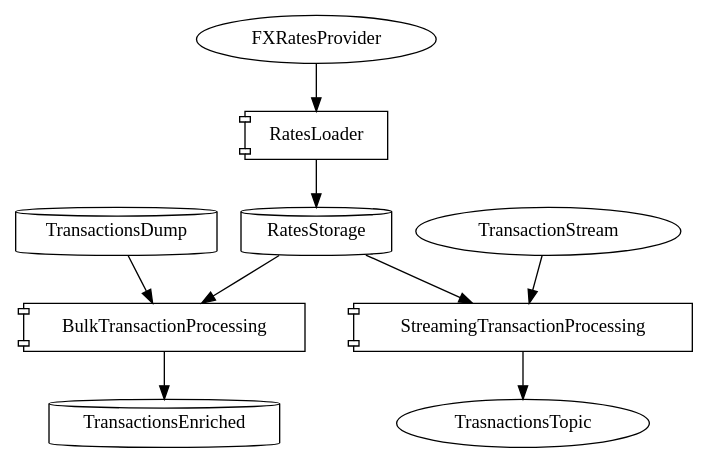
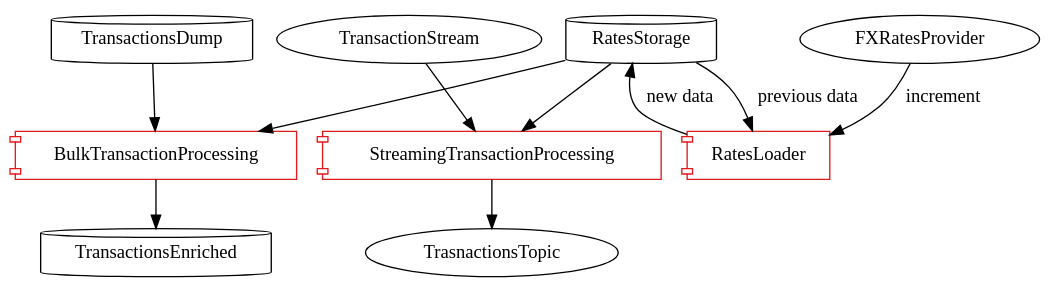
The diagram in README.org (velppa/spark-currency-conversion), drawn with Graphviz before and after one commit. The commit also changed other lines of this file and 8 other files, not shown here.

Commit message:
Add code for loading rates and bulk processing

```diff
--- a/README.org
+++ b/README.org
@@ -26,26 +26,30 @@
 #+begin_src dot :file assets/flow.svg :exports results
 
 digraph CurrencyConversion {
+node[colorscheme=paired8]
+
 {
   RatesStorage [shape=cylinder]
   TransactionsDump [shape=cylinder]
   TransactionsEnriched [shape=cylinder]
 
-  RatesLoader [shape=component]
-  BulkTransactionProcessing [shape=component]
-  StreamingTransactionProcessing [shape=component]
+  RatesLoader [shape=component; color=6]
+  BulkTransactionProcessing [shape=component; color=6]
+  StreamingTransactionProcessing [shape=component; color=6]
 }
 
-FXRatesProvider -> RatesLoader -> RatesStorage
+RatesStorage -> RatesLoader [label="previous data"]
+FXRatesProvider -> RatesLoader [label="increment"]
+RatesLoader -> RatesStorage [label="new data"]
 
 TransactionsDump -> BulkTransactionProcessing
 RatesStorage -> BulkTransactionProcessing
 BulkTransactionProcessing -> TransactionsEnriched
 
 TransactionStream -> StreamingTransactionProcessing
 RatesStorage -> StreamingTransactionProcessing
 
 StreamingTransactionProcessing -> TrasnactionsTopic
 }
 
 #+end_src
```
